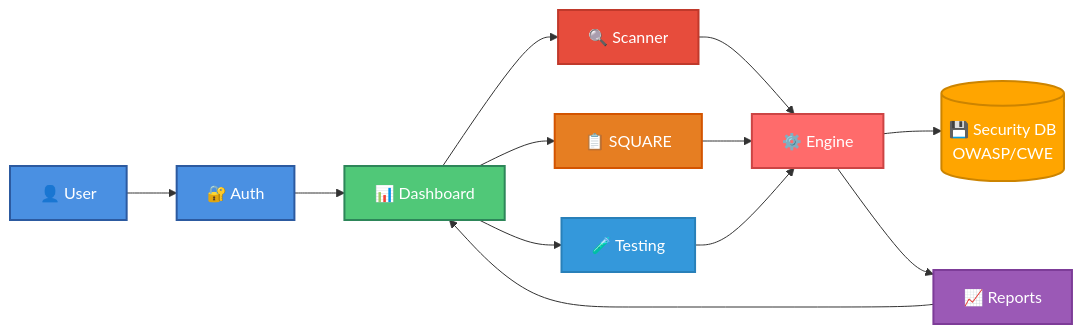
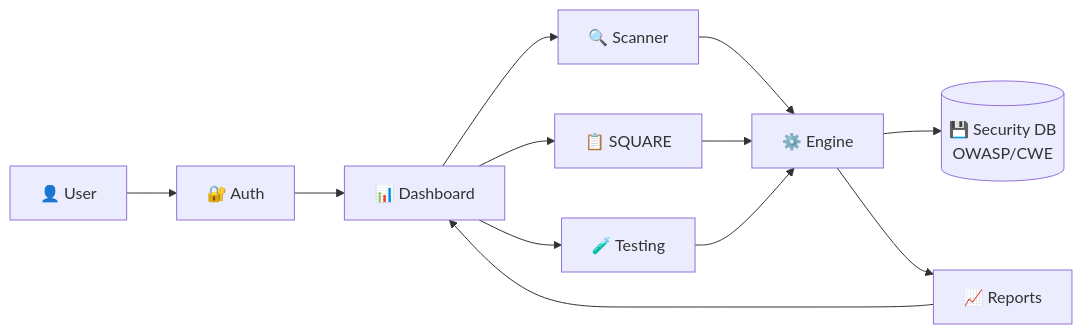
Before and after one commit to mansirajput07/SecureFlow: the diagram in README.md, drawn with Mermaid. The commit also changed other lines of this file, not shown here.

````diff
--- a/README.md
+++ b/README.md
@@ -22,28 +90,18 @@
 ```mermaid
 graph LR
     A[👤 User] --> B[🔐 Auth]
     B --> C[📊 Dashboard]
     
     C --> D[🔍 Scanner]
     C --> E[📋 SQUARE]
     C --> F[🧪 Testing]
     
     D --> G[⚙️ Engine]
     E --> G
     F --> G
     
     G --> H[(💾 Security DB<br/>OWASP/CWE)]
     
     G --> I[📈 Reports]
     I --> C
-    
-    style A fill:#4a90e2,stroke:#2c5aa0,stroke-width:2px,color:#fff
-    style B fill:#4a90e2,stroke:#2c5aa0,stroke-width:2px,color:#fff
-    style C fill:#50c878,stroke:#2d8659,stroke-width:2px,color:#fff
-    style D fill:#e74c3c,stroke:#c0392b,stroke-width:2px,color:#fff
-    style E fill:#e67e22,stroke:#d35400,stroke-width:2px,color:#fff
-    style F fill:#3498db,stroke:#2980b9,stroke-width:2px,color:#fff
-    style G fill:#ff6b6b,stroke:#cc4444,stroke-width:2px,color:#fff
-    style H fill:#ffa500,stroke:#cc8400,stroke-width:2px,color:#fff
-    style I fill:#9b59b6,stroke:#7d3c98,stroke-width:2px,color:#fff
 ```
````
